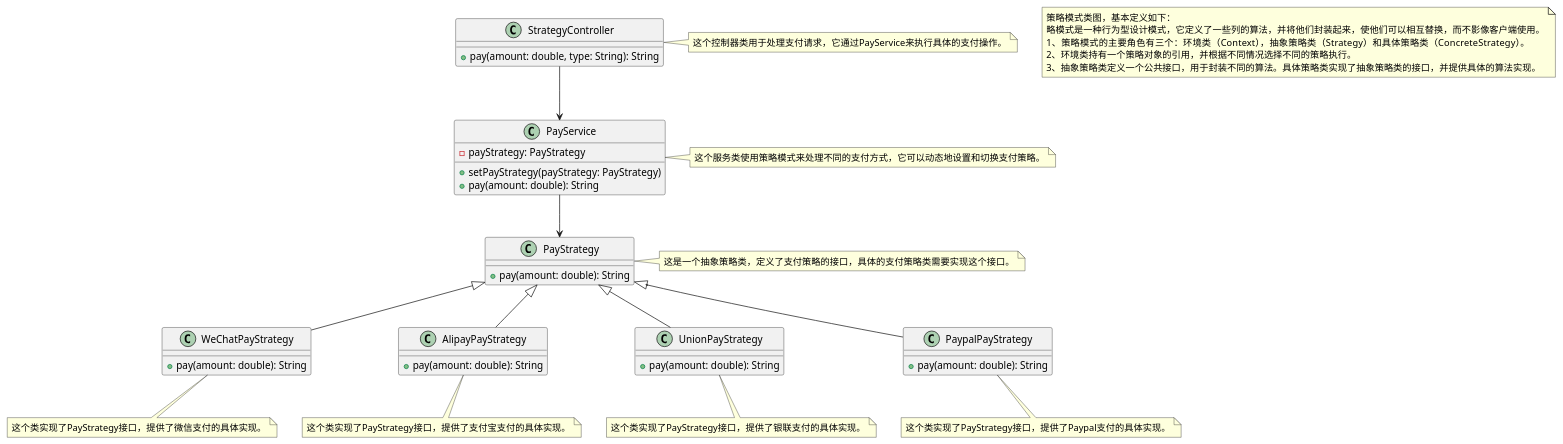
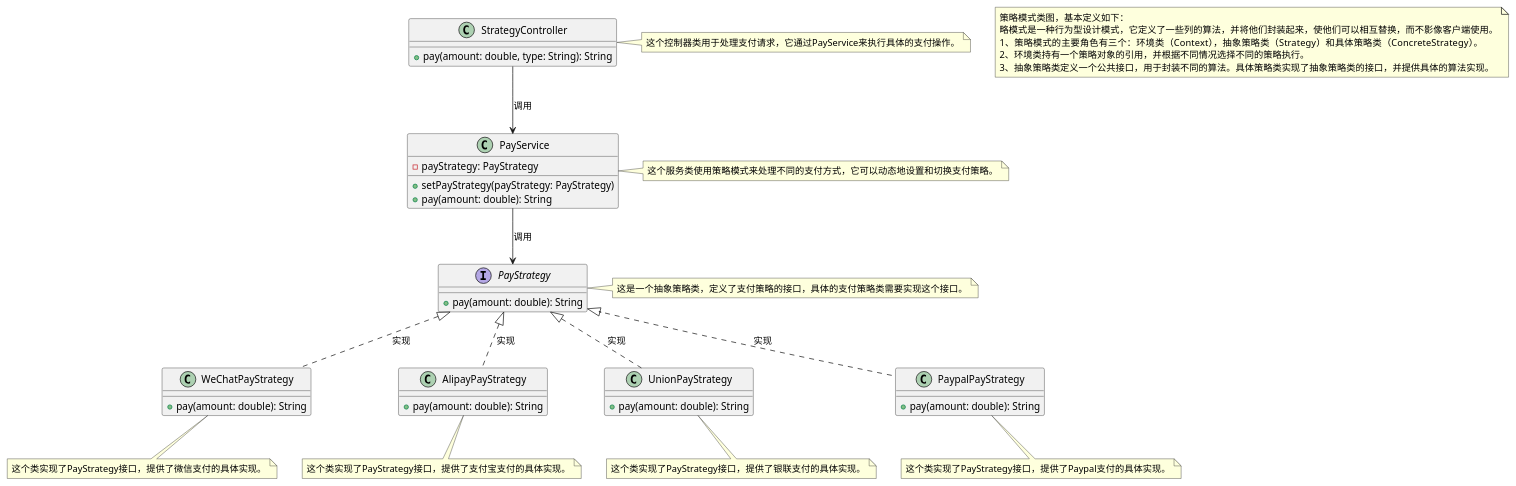
Before and after one commit to hhl-pwb/DesignPattern: the diagram in designPatternCode/designPatternCode/strategicMode/src/main/resources/static/strategy.puml, drawn with PlantUML. The commit also changed 1 other file, not shown here.

Commit message:
planUML图

```diff
--- a/designPatternCode/designPatternCode/strategicMode/src/main/resources/static/strategy.puml
+++ b/designPatternCode/designPatternCode/strategicMode/src/main/resources/static/strategy.puml
@@ -1,55 +1,55 @@
 @startuml
 
 class StrategyController {
     + pay(amount: double, type: String): String
 }
 note right:这个控制器类用于处理支付请求，它通过PayService来执行具体的支付操作。
 
 class PayService {
     - payStrategy: PayStrategy
     + setPayStrategy(payStrategy: PayStrategy)
     + pay(amount: double): String
 }
 note right:这个服务类使用策略模式来处理不同的支付方式，它可以动态地设置和切换支付策略。
 
-class PayStrategy {
+interface PayStrategy {
     + pay(amount: double): String
 }
 note right:这是一个抽象策略类，定义了支付策略的接口，具体的支付策略类需要实现这个接口。
 
 class WeChatPayStrategy {
     + pay(amount: double): String
 }
 note bottom:这个类实现了PayStrategy接口，提供了微信支付的具体实现。
 
 class AlipayPayStrategy {
     + pay(amount: double): String
 }
 note bottom:这个类实现了PayStrategy接口，提供了支付宝支付的具体实现。
 
 
 class UnionPayStrategy {
     + pay(amount: double): String
 }
 note bottom:这个类实现了PayStrategy接口，提供了银联支付的具体实现。
 
 class PaypalPayStrategy {
     + pay(amount: double): String
 }
 note bottom:这个类实现了PayStrategy接口，提供了Paypal支付的具体实现。
 
-StrategyController --> PayService
-PayService --> PayStrategy
-PayStrategy <|-- WeChatPayStrategy
-PayStrategy <|-- AlipayPayStrategy
-PayStrategy <|-- UnionPayStrategy
-PayStrategy <|-- PaypalPayStrategy
+StrategyController --> PayService:调用
+PayService --> PayStrategy:调用
+PayStrategy <|.. WeChatPayStrategy:实现
+PayStrategy <|.. AlipayPayStrategy:实现
+PayStrategy <|.. UnionPayStrategy:实现
+PayStrategy <|.. PaypalPayStrategy:实现
 note as desc
     策略模式类图，基本定义如下：
     略模式是一种行为型设计模式，它定义了一些列的算法，并将他们封装起来，使他们可以相互替换，而不影像客户端使用。
     1、策略模式的主要角色有三个：环境类（Context），抽象策略类（Strategy）和具体策略类（ConcreteStrategy）。
     2、环境类持有一个策略对象的引用，并根据不同情况选择不同的策略执行。
     3、抽象策略类定义一个公共接口，用于封装不同的算法。具体策略类实现了抽象策略类的接口，并提供具体的算法实现。
 end note
 
 @enduml
```
